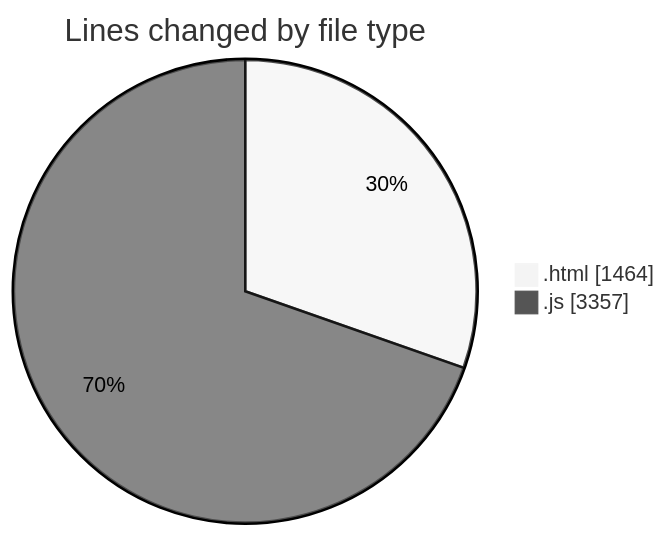
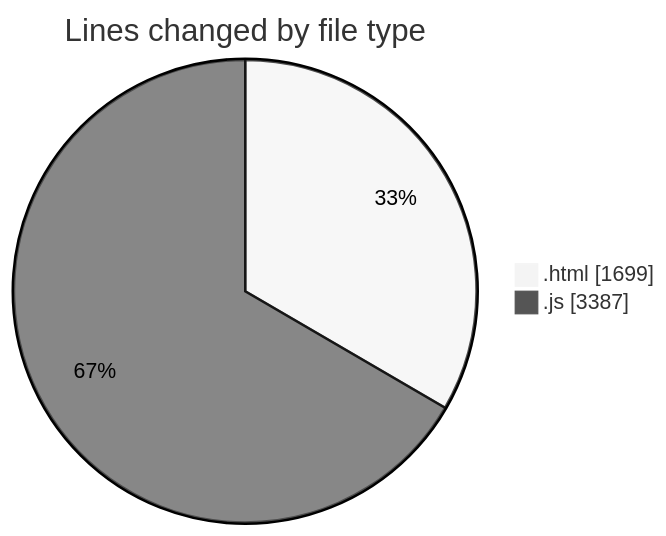
The first of 2 diagrams in 2026-02-19/bot_v1_2/README.md (becaeroporto-bot/code-tracking), drawn with Mermaid (neutral theme) before and after one commit. The commit also changed other lines of this file and 1 other file, not shown here.

````diff
--- a/2026-02-19/bot_v1_2/README.md
+++ b/2026-02-19/bot_v1_2/README.md
@@ -28,6 +28,6 @@
 ```mermaid
 pie showData
 title Lines changed by file type
-".html" : 1464
-".js" : 3357
+".html" : 1699
+".js" : 3387
 ```
````
